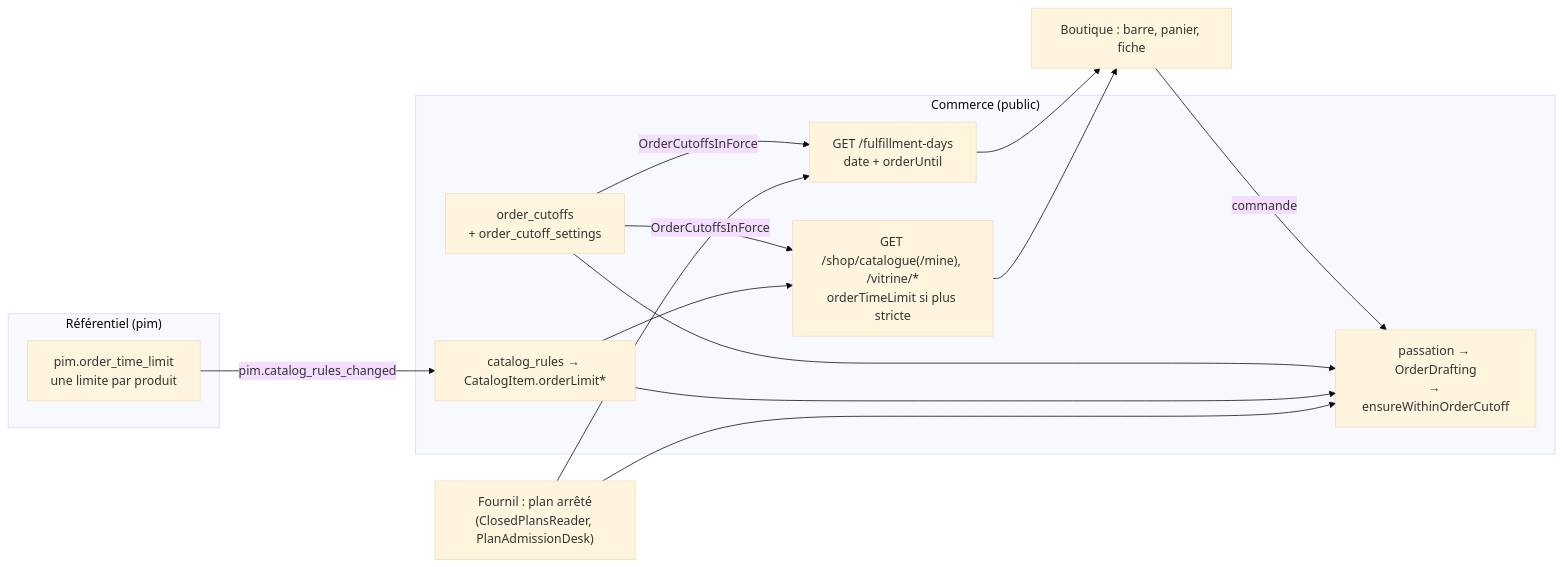
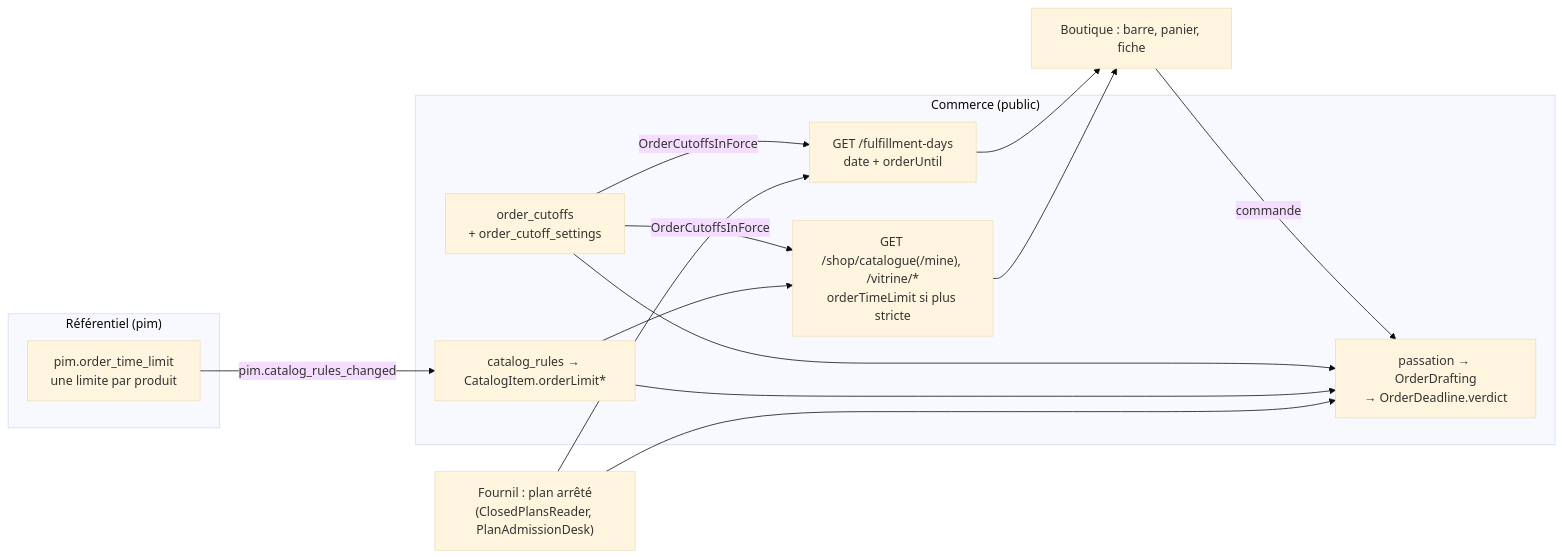
Before and after one commit to hugoheynard/lfd: the diagram in documentation/limites-de-commande/README.md, drawn with Mermaid (base theme). The commit also changed other lines of this file and 53 other files, not shown here.

````diff
--- a/documentation/limites-de-commande/README.md
+++ b/documentation/limites-de-commande/README.md
@@ -125,25 +127,25 @@
 ```mermaid
 flowchart LR
   subgraph PIM["Référentiel (pim)"]
     OTL["pim.order_time_limit<br/>une limite par produit"]
   end
   subgraph B2B["Commerce (public)"]
     OC["order_cutoffs<br/>+ order_cutoff_settings"]
     CR["catalog_rules → CatalogItem.orderLimit*"]
     FD["GET /fulfillment-days<br/>date + orderUntil"]
     CAT["GET /shop/catalogue(/mine), /vitrine/*<br/>orderTimeLimit si plus stricte"]
-    G["passation → OrderDrafting<br/>→ ensureWithinOrderCutoff"]
+    G["passation → OrderDrafting<br/>→ OrderDeadline.verdict"]
   end
   P["Fournil : plan arrêté<br/>(ClosedPlansReader, PlanAdmissionDesk)"]
   OTL -- "pim.catalog_rules_changed" --> CR
   OC -- "OrderCutoffsInForce" --> FD
   OC -- "OrderCutoffsInForce" --> CAT
   CR --> CAT
   P --> FD
   FD --> SHOP["Boutique : barre, panier, fiche"]
   CAT --> SHOP
   SHOP -- "commande" --> G
   OC --> G
   CR --> G
   P --> G
 ```
````
